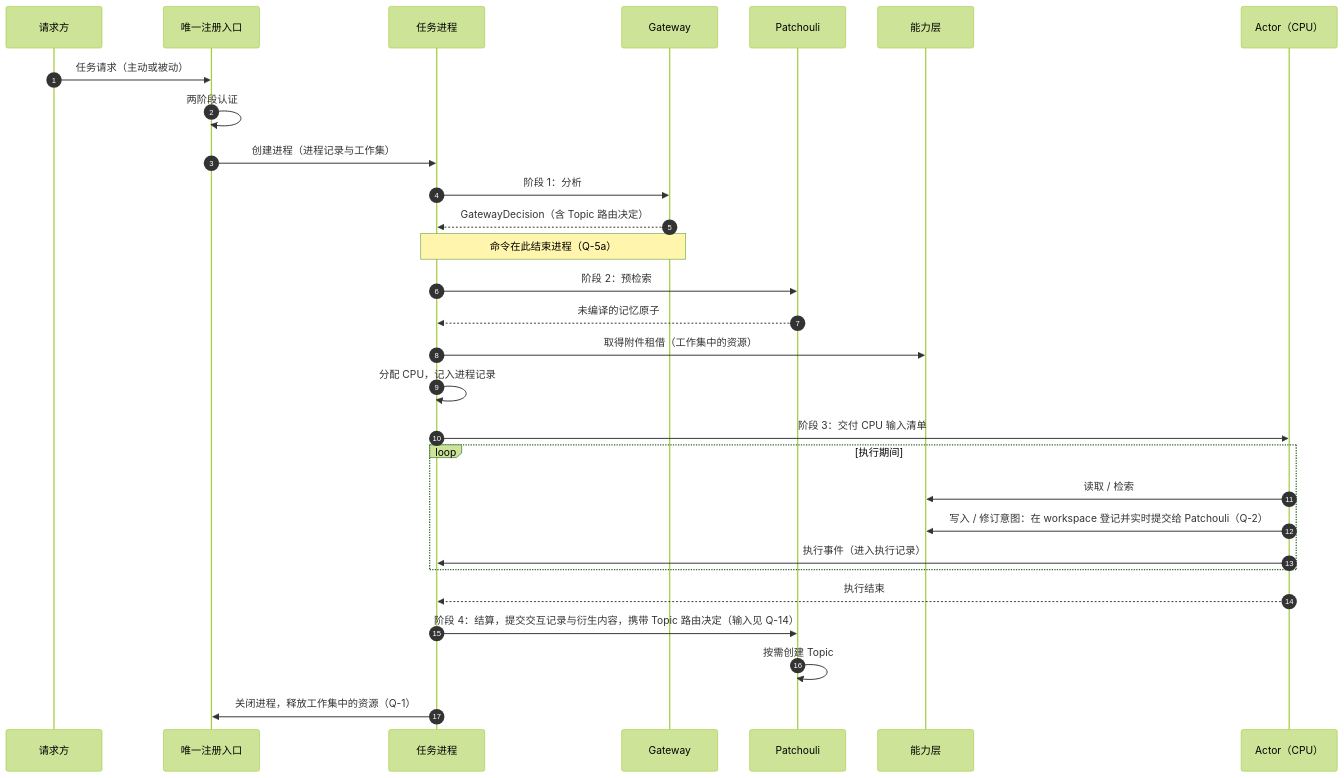
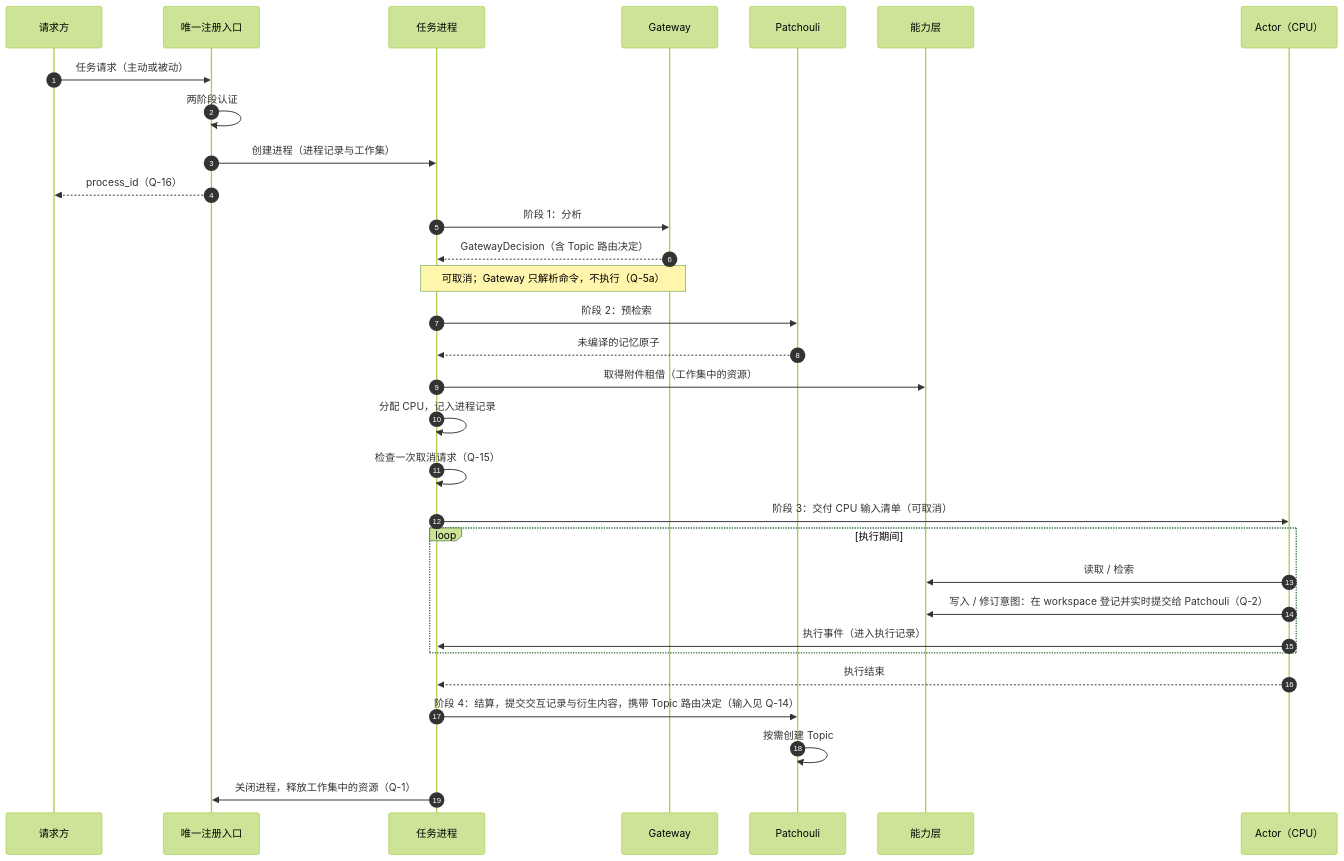
One commit to artemis03976/HiveMemory changed the third of 5 diagrams in docs/ideas/task-process-table-and-registration-entry.md. Above: the diagram before and after it, drawn with Mermaid (forest theme). The commit also changed other lines of this file and 4 other files, not shown here.

````diff
--- a/docs/ideas/task-process-table-and-registration-entry.md
+++ b/docs/ideas/task-process-table-and-registration-entry.md
@@ -216,31 +223,33 @@
 ```mermaid
 sequenceDiagram
     autonumber
     participant R as 请求方
     participant E as 唯一注册入口
     participant P as 任务进程
     participant G as Gateway
     participant L as Patchouli
     participant S as 能力层
     participant C as Actor（CPU）
     R->>E: 任务请求（主动或被动）
     E->>E: 两阶段认证
     E->>P: 创建进程（进程记录与工作集）
+    E-->>R: process_id（Q-16）
     P->>G: 阶段 1：分析
     G-->>P: GatewayDecision（含 Topic 路由决定）
-    Note over P,G: 命令在此结束进程（Q-5a）
+    Note over P,G: 可取消；Gateway 只解析命令，不执行（Q-5a）
     P->>L: 阶段 2：预检索
     L-->>P: 未编译的记忆原子
     P->>S: 取得附件租借（工作集中的资源）
     P->>P: 分配 CPU，记入进程记录
-    P->>C: 阶段 3：交付 CPU 输入清单
+    P->>P: 检查一次取消请求（Q-15）
+    P->>C: 阶段 3：交付 CPU 输入清单（可取消）
     loop 执行期间
         C->>S: 读取 / 检索
         C->>S: 写入 / 修订意图：在 workspace 登记并实时提交给 Patchouli（Q-2）
         C->>P: 执行事件（进入执行记录）
     end
     C-->>P: 执行结束
     P->>L: 阶段 4：结算，提交交互记录与衍生内容，携带 Topic 路由决定（输入见 Q-14）
     L->>L: 按需创建 Topic
     P->>E: 关闭进程，释放工作集中的资源（Q-1）
 ```
````
